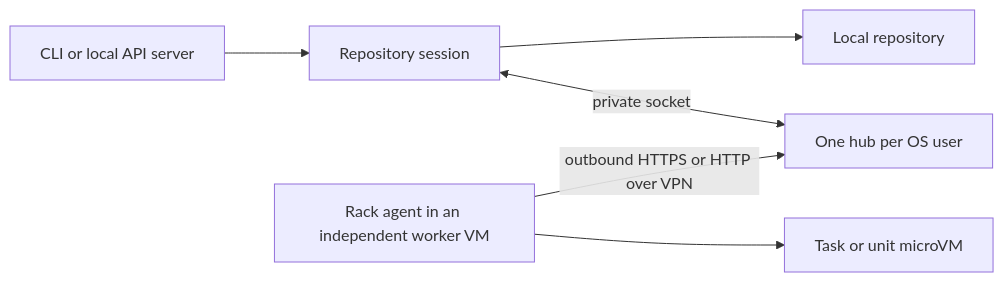
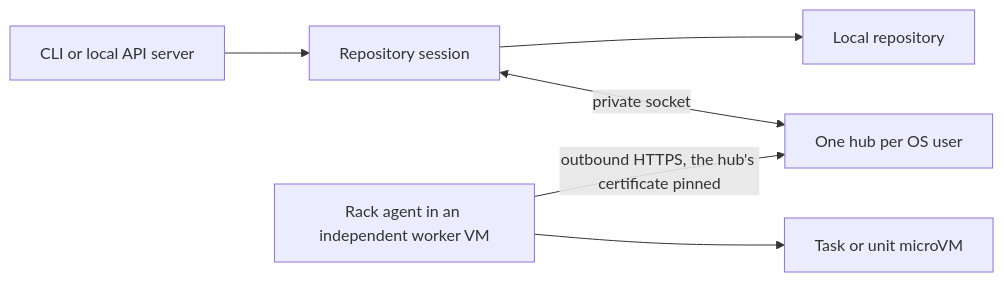
One commit to elaraai/east-workspace changed the diagram in libs/e3/design/e3-rack-delegation.md. Above: the diagram before and after it, drawn with Mermaid. The commit also changed other lines of this file and 4 other files, not shown here.

````diff
--- a/libs/e3/design/e3-rack-delegation.md
+++ b/libs/e3/design/e3-rack-delegation.md
@@ -18,8 +18,8 @@
 ```mermaid
 flowchart LR
   CLI[CLI or local API server] --> Session[Repository session]
   Session --> Repo[Local repository]
   Session <-->|private socket| Hub[One hub per OS user]
-  Agent[Rack agent in an independent worker VM] -->|outbound HTTPS or HTTP over VPN| Hub
+  Agent[Rack agent in an independent worker VM] -->|outbound HTTPS, the hub's certificate pinned| Hub
   Agent --> VM[Task or unit microVM]
 ```
````
